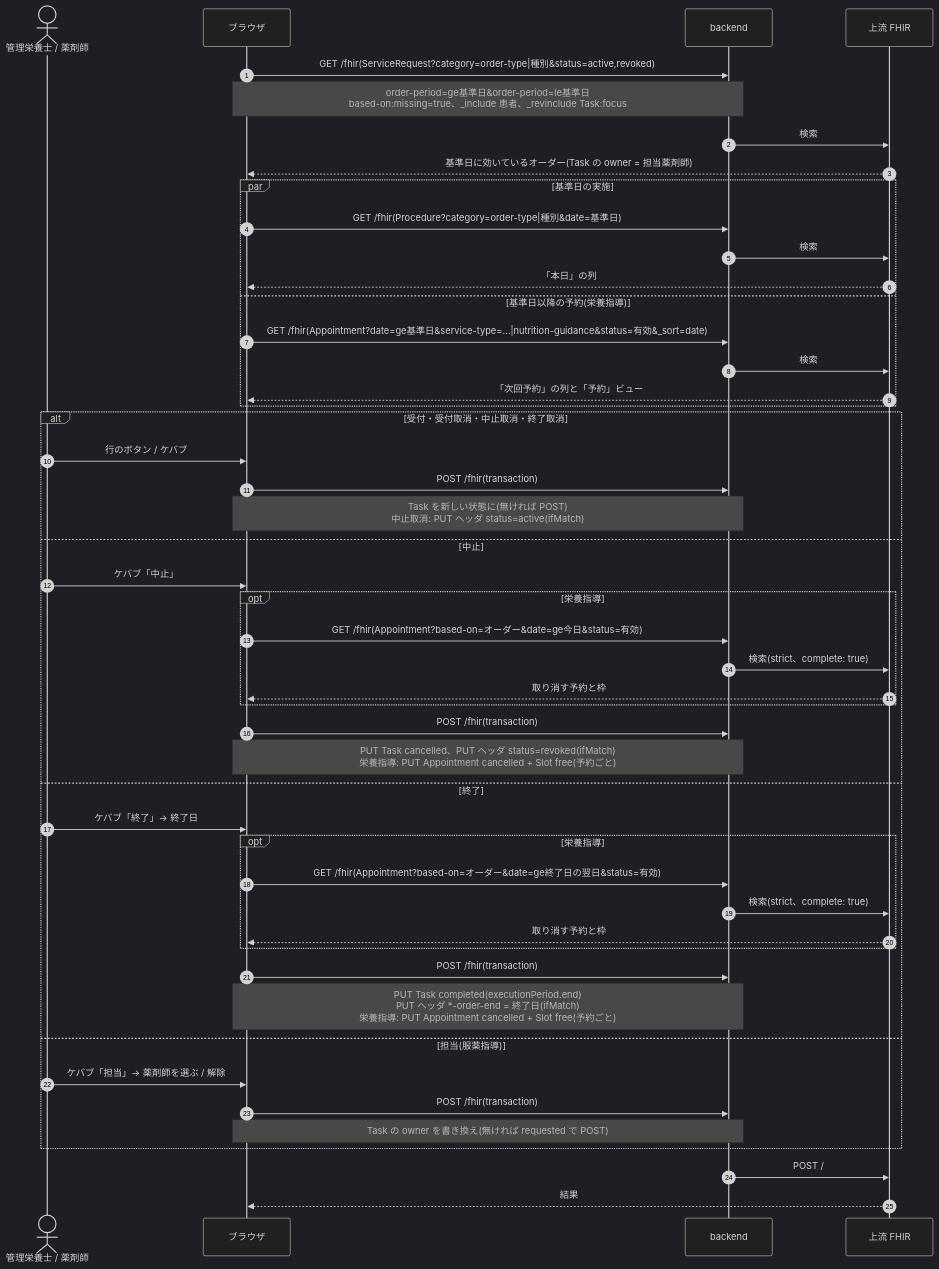
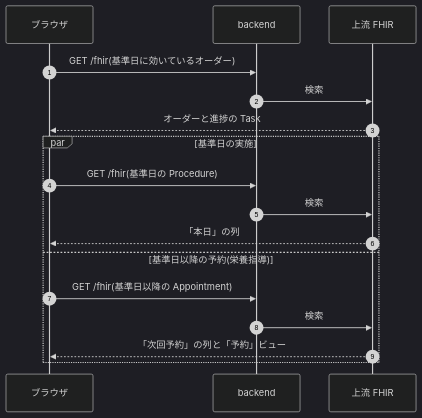
Before and after one commit to ysnr-dev/fhir-client-docs: the fifth of 9 diagrams in docs/dev/guidance.md, drawn with Mermaid (dark theme). The commit also changed other lines of this file and 43 other files, not shown here.

Commit message:
docs: 業務フローとシーケンス図を写し直し

````diff
--- a/docs/dev/guidance.md
+++ b/docs/dev/guidance.md
@@ -107,51 +243,20 @@
 ```mermaid
 sequenceDiagram
   autonumber
-  actor Dept as 管理栄養士 / 薬剤師
   participant UI as ブラウザ
   participant BE as backend
   participant FHIR as 上流 FHIR
 
-  UI->>BE: GET /fhir(ServiceRequest?category=order-type|種別&status=active,revoked)
-  Note over UI,BE: order-period=ge基準日&order-period=le基準日<br/>based-on:missing=true、_include 患者、_revinclude Task:focus
+  UI->>BE: GET /fhir(基準日に効いているオーダー)
   BE->>FHIR: 検索
-  FHIR-->>UI: 基準日に効いているオーダー(Task の owner = 担当薬剤師)
+  FHIR-->>UI: オーダーと進捗の Task
   par 基準日の実施
-    UI->>BE: GET /fhir(Procedure?category=order-type|種別&date=基準日)
+    UI->>BE: GET /fhir(基準日の Procedure)
     BE->>FHIR: 検索
     FHIR-->>UI: 「本日」の列
   and 基準日以降の予約(栄養指導)
-    UI->>BE: GET /fhir(Appointment?date=ge基準日&service-type=…|nutrition-guidance&status=有効&_sort=date)
+    UI->>BE: GET /fhir(基準日以降の Appointment)
     BE->>FHIR: 検索
     FHIR-->>UI: 「次回予約」の列と「予約」ビュー
   end
-  alt 受付・受付取消・中止取消・終了取消
-    Dept->>UI: 行のボタン / ケバブ
-    UI->>BE: POST /fhir(transaction)
-    Note over UI,BE: Task を新しい状態に(無ければ POST)<br/>中止取消: PUT ヘッダ status=active(ifMatch)
-  else 中止
-    Dept->>UI: ケバブ「中止」
-    opt 栄養指導
-      UI->>BE: GET /fhir(Appointment?based-on=オーダー&date=ge今日&status=有効)
-      BE->>FHIR: 検索(strict、complete: true)
-      FHIR-->>UI: 取り消す予約と枠
-    end
-    UI->>BE: POST /fhir(transaction)
-    Note over UI,BE: PUT Task cancelled、PUT ヘッダ status=revoked(ifMatch)<br/>栄養指導: PUT Appointment cancelled + Slot free(予約ごと)
-  else 終了
-    Dept->>UI: ケバブ「終了」→ 終了日
-    opt 栄養指導
-      UI->>BE: GET /fhir(Appointment?based-on=オーダー&date=ge終了日の翌日&status=有効)
-      BE->>FHIR: 検索(strict、complete: true)
-      FHIR-->>UI: 取り消す予約と枠
-    end
-    UI->>BE: POST /fhir(transaction)
-    Note over UI,BE: PUT Task completed(executionPeriod.end)<br/>PUT ヘッダ *-order-end = 終了日(ifMatch)<br/>栄養指導: PUT Appointment cancelled + Slot free(予約ごと)
-  else 担当(服薬指導)
-    Dept->>UI: ケバブ「担当」→ 薬剤師を選ぶ / 解除
-    UI->>BE: POST /fhir(transaction)
-    Note over UI,BE: Task の owner を書き換え(無ければ requested で POST)
-  end
-  BE->>FHIR: POST /
-  FHIR-->>UI: 結果
 ```
````
